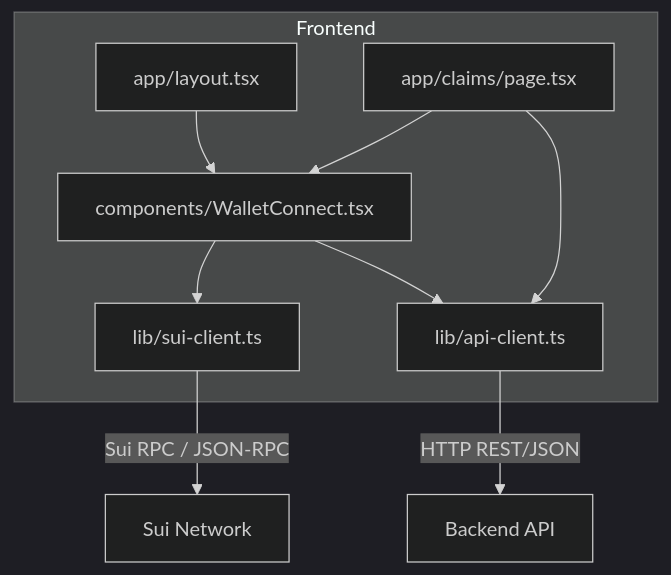
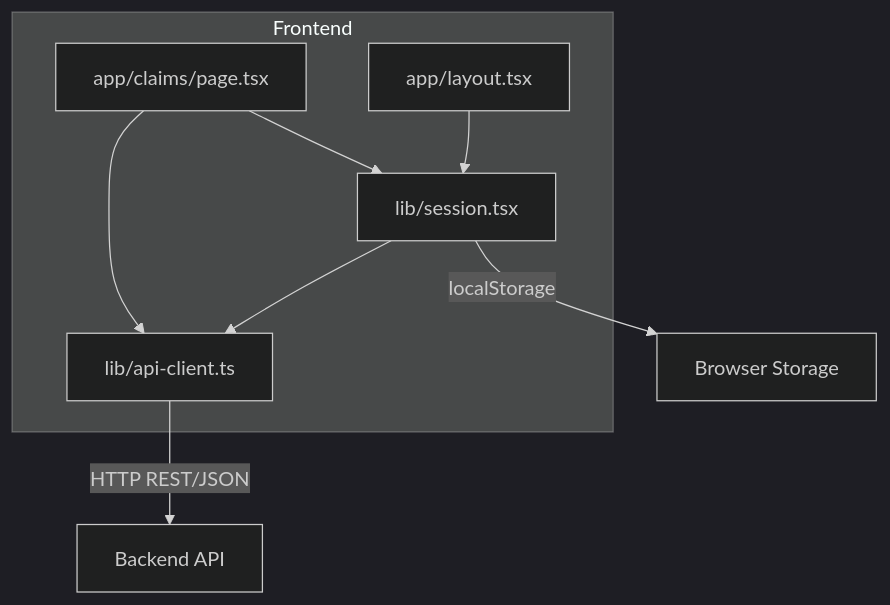
One commit to hieudepoet/Insurix changed the first of 6 diagrams in .qoder/repowiki/en/content/Frontend Application/Wallet Connectivity & Blockchain Integration.md. Above: the diagram before and after it, drawn with Mermaid (dark theme). The commit also changed other lines of this file and 63 other files, not shown here.

````diff
--- a/.qoder/repowiki/en/content/Frontend Application/Wallet Connectivity & Blockchain Integration.md
+++ b/.qoder/repowiki/en/content/Frontend Application/Wallet Connectivity & Blockchain Integration.md
@@ -32,17 +39,15 @@
 ```mermaid
 graph TB
 subgraph "Frontend"
-A["components/WalletConnect.tsx"]
-B["lib/sui-client.ts"]
-C["lib/api-client.ts"]
-D["app/layout.tsx"]
-E["app/claims/page.tsx"]
+A["lib/session.tsx"]
+B["lib/api-client.ts"]
+C["app/layout.tsx"]
+D["app/claims/page.tsx"]
 end
 A --> B
-A --> C
+C --> A
 D --> A
-E --> A
-E --> C
-B --> |"Sui RPC / JSON-RPC"| F["Sui Network"]
-C --> |"HTTP REST/JSON"| G["Backend API"]
+D --> B
+A --> |"localStorage"| E["Browser Storage"]
+B --> |"HTTP REST/JSON"| F["Backend API"]
 ```
````
